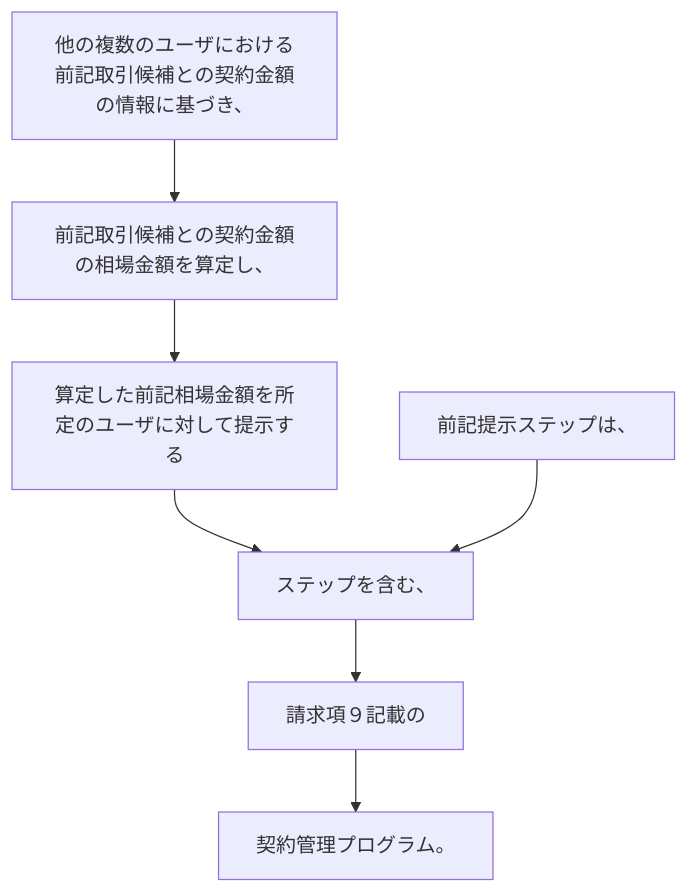
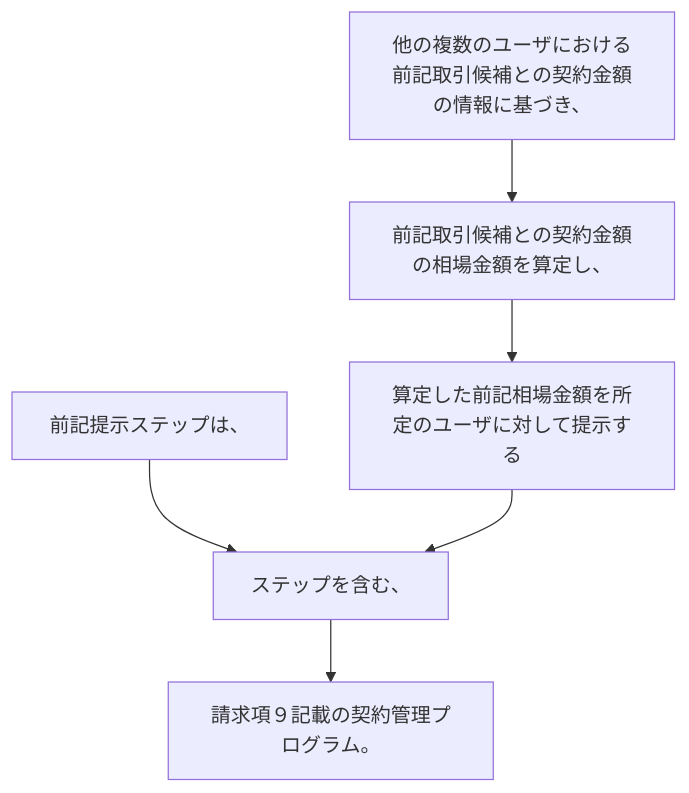
One commit to shinmori55/patent_analyzed changed the diagram in 2024/JP2024014095A/claim_14/README.md. Above: the diagram before and after it, drawn with Mermaid. The commit also changed 27 other files, not shown here.

````diff
--- a/2024/JP2024014095A/claim_14/README.md
+++ b/2024/JP2024014095A/claim_14/README.md
@@ -3,16 +3,14 @@
 ```mermaid
 flowchart TD
 A[前記提示ステップは、]
 B[他の複数のユーザにおける前記取引候補との契約金額の情報に基づき、]
 C[前記取引候補との契約金額の相場金額を算定し、]
 D[算定した前記相場金額を所定のユーザに対して提示する]
 E[ステップを含む、]
-F[請求項９記載の]
-G[契約管理プログラム。]
+F[請求項９記載の契約管理プログラム。]
+A --> E
 B --> C
 C --> D
 D --> E
-A --> E
 E --> F
-F --> G
 ```
````
